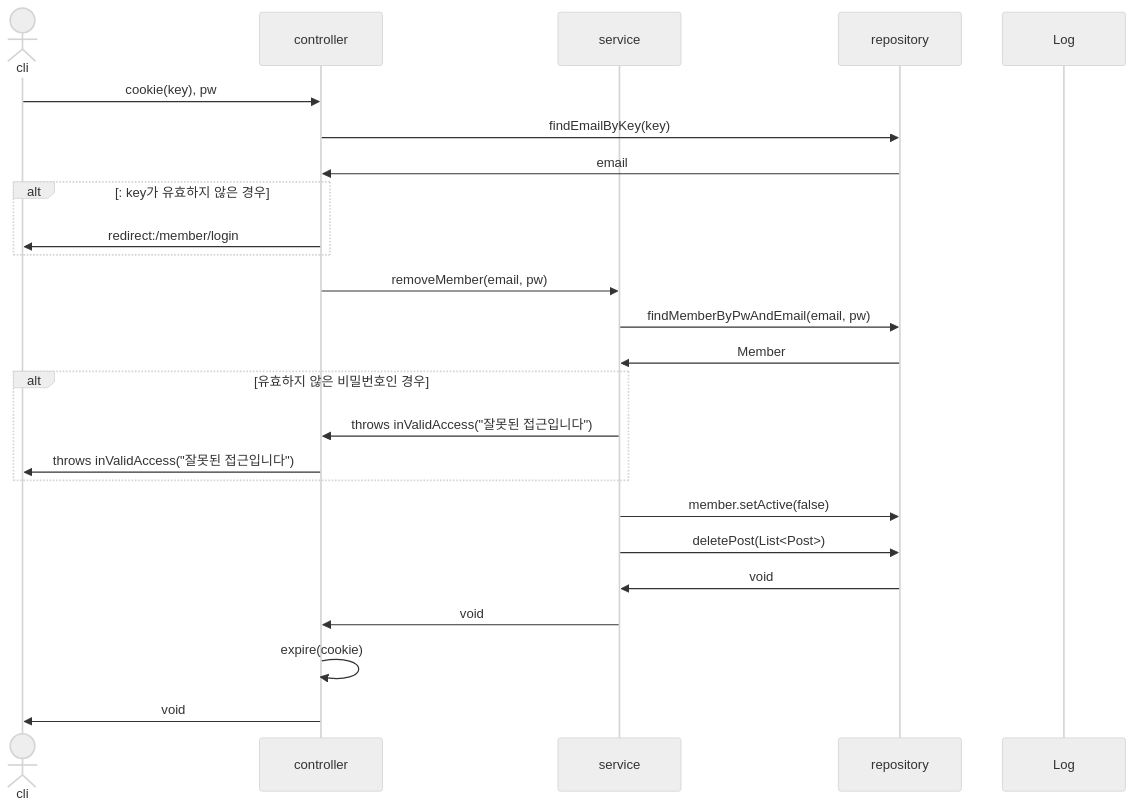
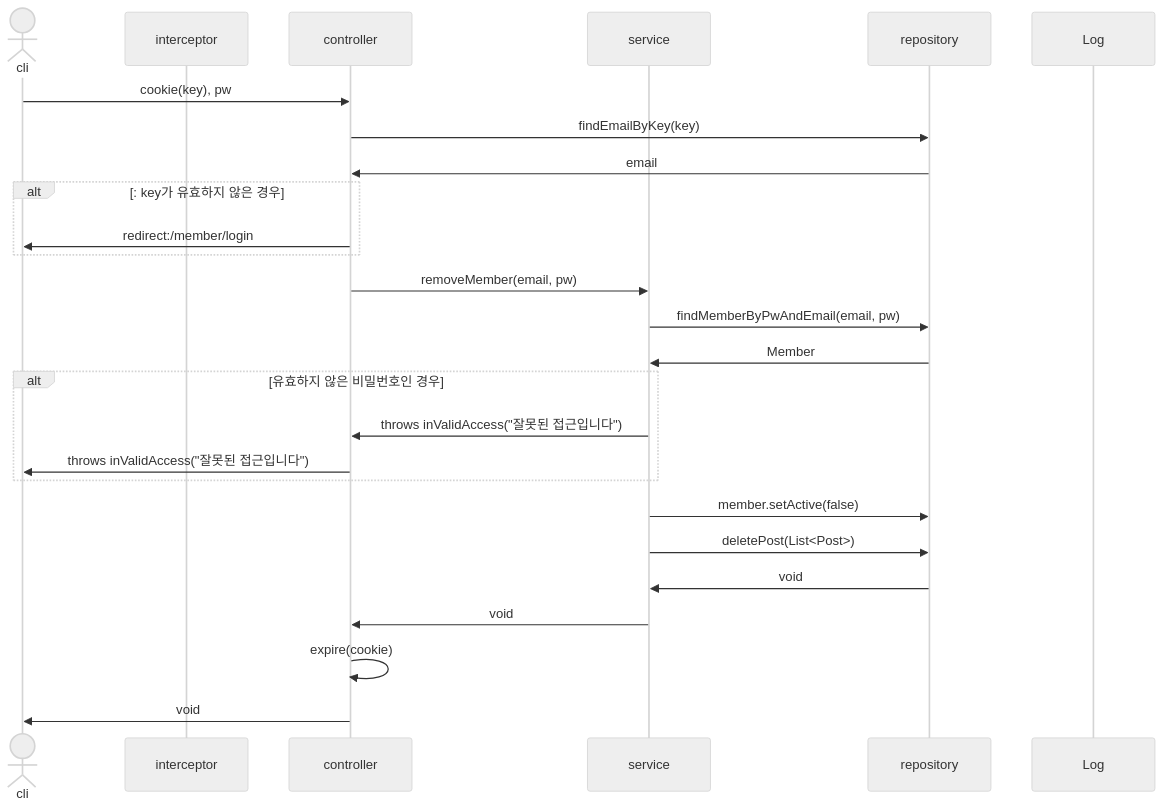
Before and after one commit to mtak0235/snsX: the fifth of 30 diagrams in sequence.md, drawn with Mermaid (neutral theme). The commit also changed other lines of this file, not shown here.

Commit message:
add interceptor

````diff
--- a/sequence.md
+++ b/sequence.md
@@ -127,28 +127,29 @@
 ```mermaid
 sequenceDiagram
 actor cli
+participant i as interceptor
 participant c as controller
 participant s as service
 participant r as repository
 participant l as Log
 
 cli->>c: cookie(key), pw
 c->>r: findEmailByKey(key)
 r->>c: email
 alt: key가 유효하지 않은 경우
 c->>cli: redirect:/member/login
 end
 c->>s: removeMember(email, pw)
 s->>r: findMemberByPwAndEmail(email, pw)
 r->>s: Member
 alt 유효하지 않은 비밀번호인 경우
 s->>c: throws inValidAccess("잘못된 접근입니다")
 c->>cli: throws inValidAccess("잘못된 접근입니다")
 end
 s->>r: member.setActive(false)
 s->>r: deletePost(List<Post>)
 r->>s: void
 s->>c: void
 c->>c: expire(cookie)
 c->>cli: void
 ```
````
